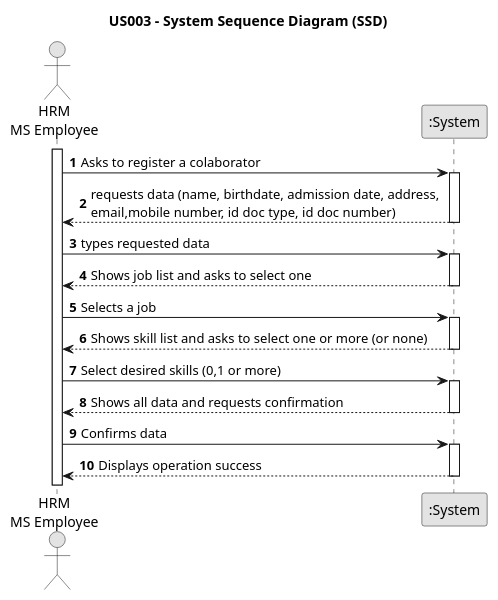
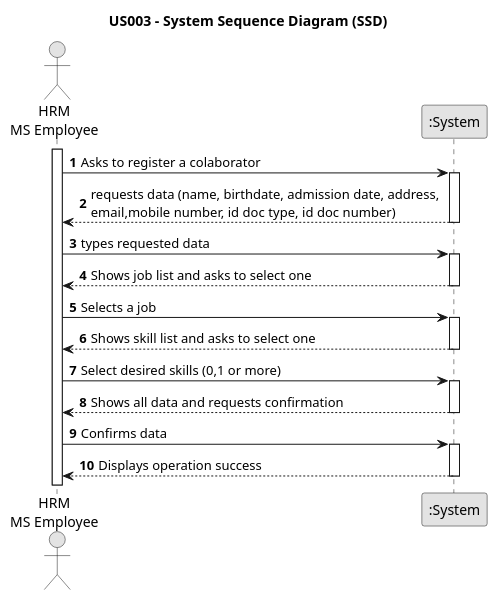
Before and after one commit to Rui-San/LAPR2_2023_2024: the diagram in docs/sprintA/us003/01.requirements-engineering/puml/us003-system-sequence-diagram.puml, drawn with PlantUML. The commit also changed 2 other files, not shown here.

Commit message:
- US004: Created LOOP on System Sequence Diagram for selecting skills

```diff
--- a/docs/sprintA/us003/01.requirements-engineering/puml/us003-system-sequence-diagram.puml
+++ b/docs/sprintA/us003/01.requirements-engineering/puml/us003-system-sequence-diagram.puml
@@ -1,50 +1,51 @@
 @startuml
 skinparam monochrome true
 skinparam packageStyle rectangle
 skinparam shadowing false
 
 title US003 - System Sequence Diagram (SSD)
 
 autonumber
 
 actor "HRM\nMS Employee" as Employee
 participant ":System" as System
 
 activate Employee
 
     Employee -> System : Asks to register a colaborator
 
     activate System
 
         System --> Employee : requests data (name, birthdate, admission date, address, \nemail,mobile number, id doc type, id doc number)
     deactivate System
 
     Employee -> System : types requested data
 
     activate System
 
         System --> Employee : Shows job list and asks to select one
     deactivate System
 
     Employee -> System : Selects a job
 
     activate System
 
-        System --> Employee : Shows skill list and asks to select one or more (or none)
+        System --> Employee : Shows skill list and asks to select one
     deactivate System
+
 
     Employee -> System : Select desired skills (0,1 or more)
 
     activate System
 
         System --> Employee : Shows all data and requests confirmation
     deactivate System
 
     Employee -> System : Confirms data
 
     activate System
 
         System --> Employee : Displays operation success
     deactivate System
 
 @enduml
```
